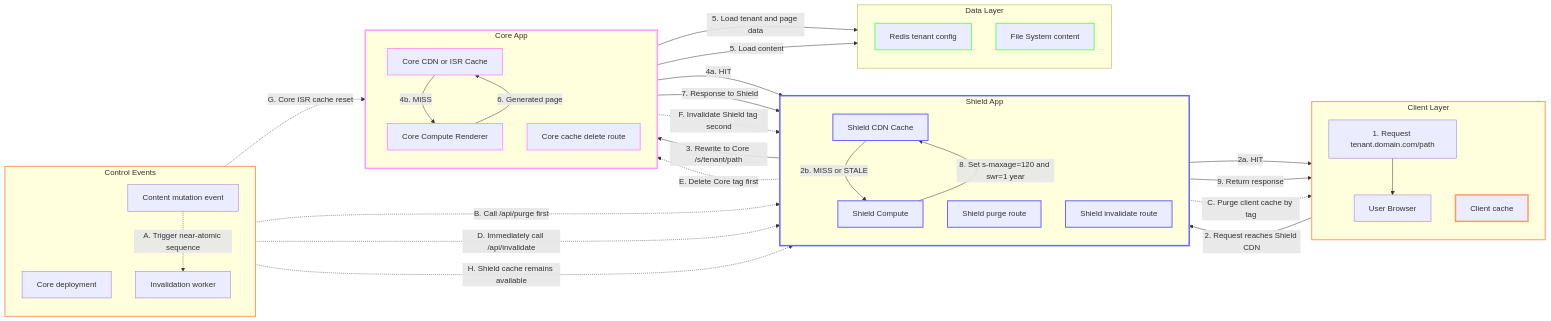
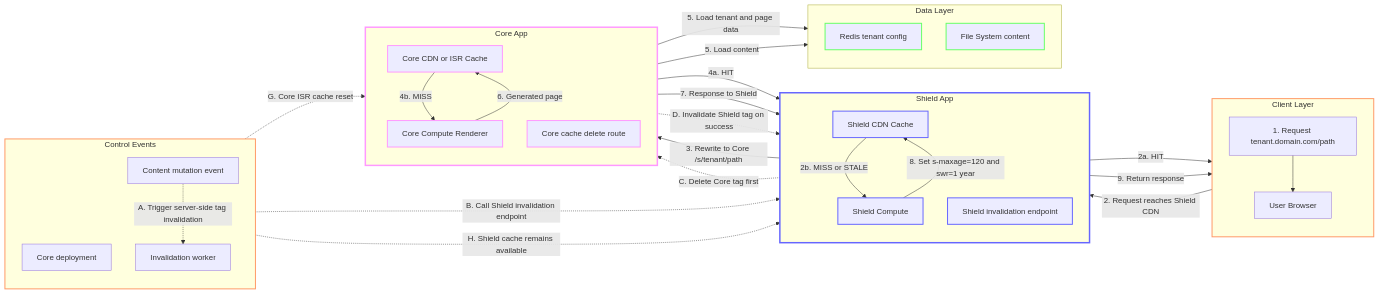
Before and after one commit to vercel-labs/isr-platform-shield: the first of 8 diagrams in docs/ARCHITECTURE.md, drawn with Mermaid. The commit also changed other lines of this file and 1 other file, not shown here.

Commit message:
Remove client cache purge docs

````diff
--- a/docs/ARCHITECTURE.md
+++ b/docs/ARCHITECTURE.md
@@ -24,76 +24,70 @@
 ```mermaid
 flowchart LR
     subgraph SH[Shield App]
         direction TB
         SC[Shield CDN Cache]
         SN[Shield Compute]
-        SP["Shield purge route"]
-        SI["Shield invalidate route"]
+        SI["Shield invalidation endpoint"]
     end
 
     subgraph CO[Core App]
         direction TB
         CC[Core CDN or ISR Cache]
         CN[Core Compute Renderer]
         CI["Core cache delete route"]
     end
 
     subgraph DA[Data Layer]
         direction TB
         R[Redis tenant config]
         FS[File System content]
     end
 
     subgraph CL[Client Layer]
         direction TB
         RQ[1. Request tenant.domain.com/path]
         U[User Browser]
-        CQ[Client cache]
         RQ --> U
     end
 
     subgraph CP[Control Events]
         direction TB
         DEP[Core deployment]
         MUT[Content mutation event]
         ORC[Invalidation worker]
     end
 
     U -->|2. Request reaches Shield CDN| SC
     SC -->|2a. HIT| U
     SC -->|2b. MISS or STALE| SN
     SN -->|3. Rewrite to Core /s/tenant/path| CC
     CC -->|4a. HIT| SN
     CC -->|4b. MISS| CN
     CN -->|5. Load tenant and page data| R
     CN -->|5. Load content| FS
     CN -->|6. Generated page| CC
     CC -->|7. Response to Shield| SN
     SN -->|8. Set s-maxage=120 and swr=1 year| SC
     SC -->|9. Return response| U
 
-    MUT -.->|A. Trigger near-atomic sequence| ORC
-    ORC -.->|B. Call /api/purge first| SP
-    SP -.->|C. Purge client cache by tag| CQ
-    ORC -.->|D. Immediately call /api/invalidate| SI
-    SI -.->|E. Delete Core tag first| CI
-    CI -.->|F. Invalidate Shield tag second| SC
+    MUT -.->|A. Trigger server-side tag invalidation| ORC
+    ORC -.->|B. Call Shield invalidation endpoint| SI
+    SI -.->|C. Delete Core tag first| CI
+    CI -.->|D. Invalidate Shield tag on success| SC
 
     DEP -.->|G. Core ISR cache reset| CC
     DEP -.->|H. Shield cache remains available| SC
 
     style SH stroke:#66f,stroke-width:3px
     style SC stroke:#66f,stroke-width:2px
     style SN stroke:#66f,stroke-width:2px
-    style SP stroke:#66f,stroke-width:2px
     style SI stroke:#66f,stroke-width:2px
     style CO stroke:#f9f,stroke-width:3px
     style CC stroke:#f9f,stroke-width:2px
     style CN stroke:#f9f,stroke-width:2px
     style CI stroke:#f9f,stroke-width:2px
     style CL stroke:#f96,stroke-width:2px
-    style CQ stroke:#f96,stroke-width:3px
     style R stroke:#6f6,stroke-width:2px
     style FS stroke:#6f6,stroke-width:2px
     style CP stroke:#f96,stroke-width:2px
 ```
````
